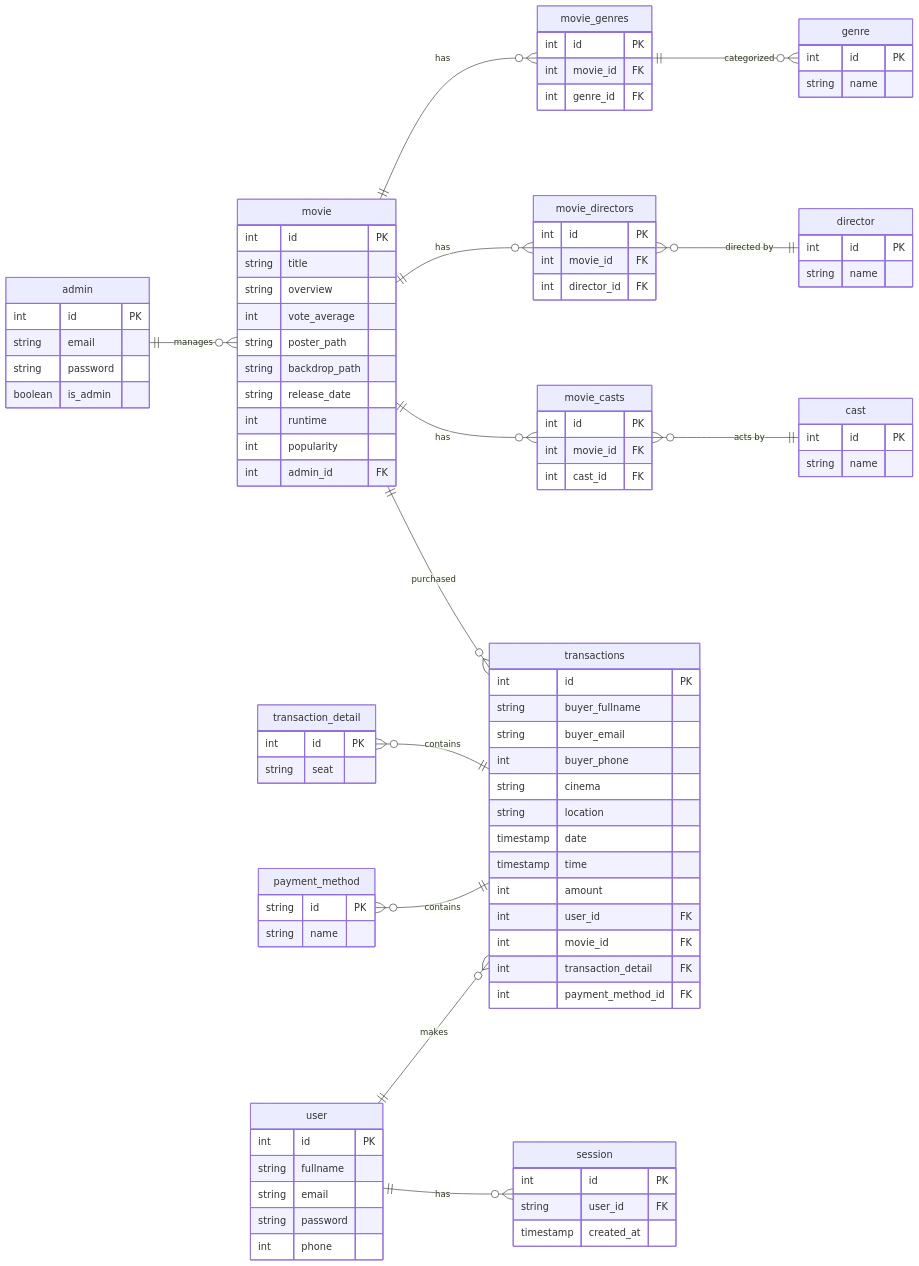
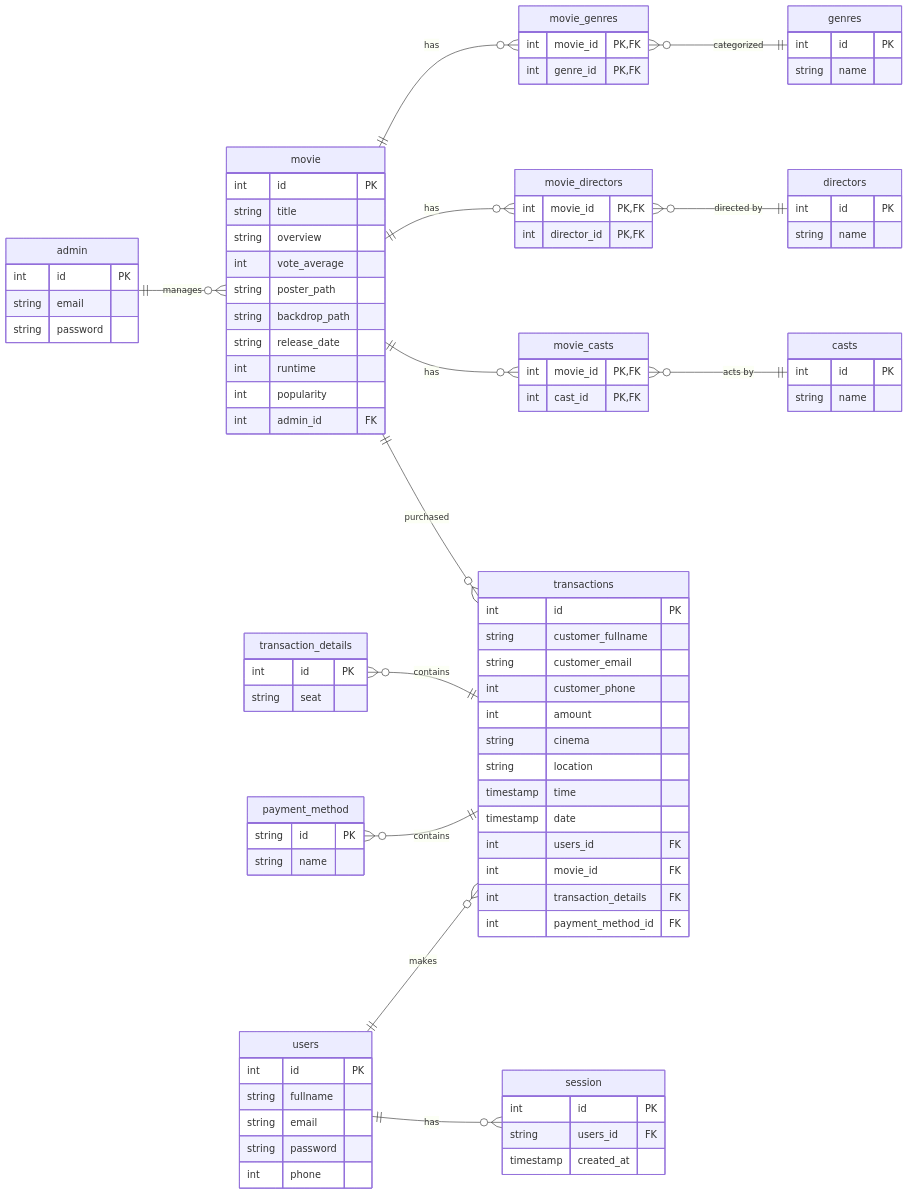
The diagram in README.md (VsalCode/fgo24-db-weeklytask), drawn with Mermaid before and after one commit. The commit also changed 1 other file, not shown here.

Commit message:
refactor: update schema table and ERD

````diff
--- a/README.md
+++ b/README.md
@@ -13,7 +13,6 @@
     int id PK
     string email
     string password
-    boolean is_admin
   }
 
   movie ||--o{ movie_genres : "has"
@@ -33,60 +32,41 @@
     int admin_id FK
   }
 
-  movie_genres ||--o{ genre : "categorized"
-  movie_genres {
-    int id PK
-    int movie_id FK
-    int genre_id FK
-  }
-
-  genre {
+  genres {
     int id PK
     string name
   }
 
-  movie_directors }o--|| director : "directed by"
-  movie_directors {
-    int id PK
-    int movie_id FK
-    int director_id FK
+  movie_genres }o--|| genres : "categorized"
+  movie_genres {
+    int movie_id PK, FK
+    int genre_id PK, FK
   }
 
-  director {
+  directors {
     int id PK
     string name
   }
 
-  movie_casts }o--|| cast : "acts by"
-  movie_casts {
-    int id PK
-    int movie_id FK
-    int cast_id FK
+  movie_directors }o--|| directors : "directed by"
+  movie_directors {
+    int movie_id PK, FK
+    int director_id PK, FK
   }
 
-  cast {
+  casts {
     int id PK
     string name
   }
- 
-  transactions {
-    int id PK
-    string buyer_fullname
-    string buyer_email
-    int buyer_phone
-    string cinema
-    string location
-    timestamp date
-    timestamp time
-    int amount
-    int user_id FK
-    int movie_id FK
-    int transaction_detail FK 
-    int payment_method_id FK
+
+  movie_casts }o--|| casts : "acts by"
+  movie_casts {
+    int movie_id PK, FK
+    int cast_id PK, FK
   }
 
-  transaction_detail }o--|| transactions: "contains"
-  transaction_detail {
+  transaction_details }o--|| transactions: "contains"
+  transaction_details {
     int id PK
     string seat
   }
@@ -96,10 +76,26 @@
     string id PK
     string name
   }
+ 
+  transactions {
+    int id PK
+    string customer_fullname
+    string customer_email
+    int customer_phone
+    int amount
+    string cinema
+    string location
+    timestamp time
+    timestamp date
+    int users_id FK
+    int movie_id FK
+    int transaction_details FK 
+    int payment_method_id FK
+  }
 
-  user ||--o{ transactions : "makes"
-  user ||--o{ session : "has"
-  user {
+  users ||--o{ transactions : "makes"
+  users ||--o{ session : "has"
+  users {
     int id PK
     string fullname
     string email
@@ -109,7 +105,7 @@
 
   session {
     int id PK
-    string user_id FK
+    string users_id FK
     timestamp created_at
   }
 ```
````
